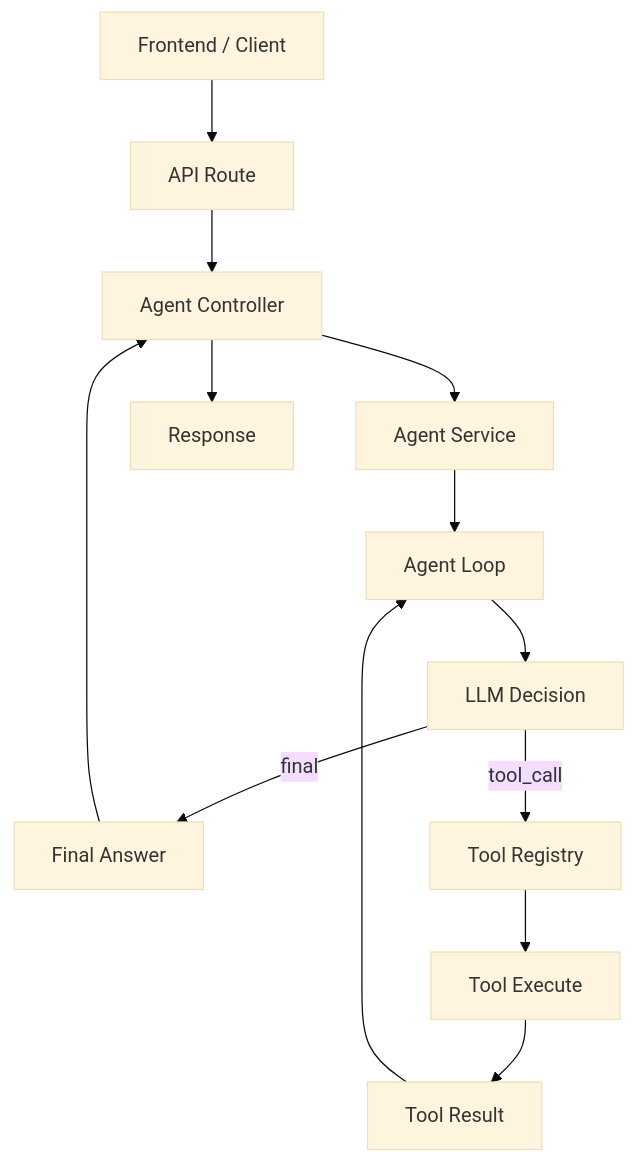
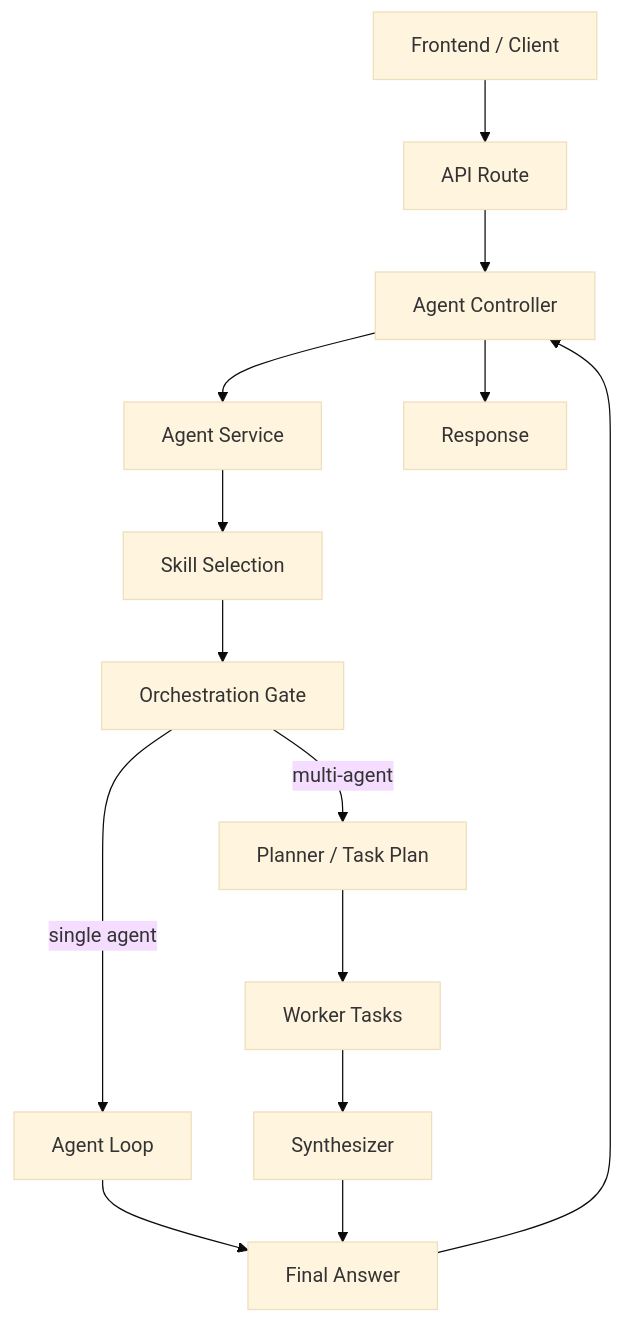
The first of 4 diagrams in docs/agent-flow.md (RenYuka123/agentAI_project), drawn with Mermaid (base theme) before and after one commit. The commit also changed other lines of this file and 102 other files, not shown here.

````diff
--- a/docs/agent-flow.md
+++ b/docs/agent-flow.md
@@ -12,15 +58,16 @@
 ```mermaid
 flowchart TD
     A[Frontend / Client] --> B[API Route]
     B --> C[Agent Controller]
     C --> D[Agent Service]
-    D --> E[Agent Loop]
-    E --> F[LLM Decision]
-    F -->|final| G[Final Answer]
-    F -->|tool_call| H[Tool Registry]
-    H --> I[Tool Execute]
-    I --> J[Tool Result]
-    J --> E
-    G --> C
-    C --> K[Response]
+    D --> E[Skill Selection]
+    E --> F[Orchestration Gate]
+    F -->|single agent| G[Agent Loop]
+    F -->|multi-agent| H[Planner / Task Plan]
+    H --> I[Worker Tasks]
+    I --> J[Synthesizer]
+    G --> K[Final Answer]
+    J --> K
+    K --> C
+    C --> L[Response]
 ```
````
